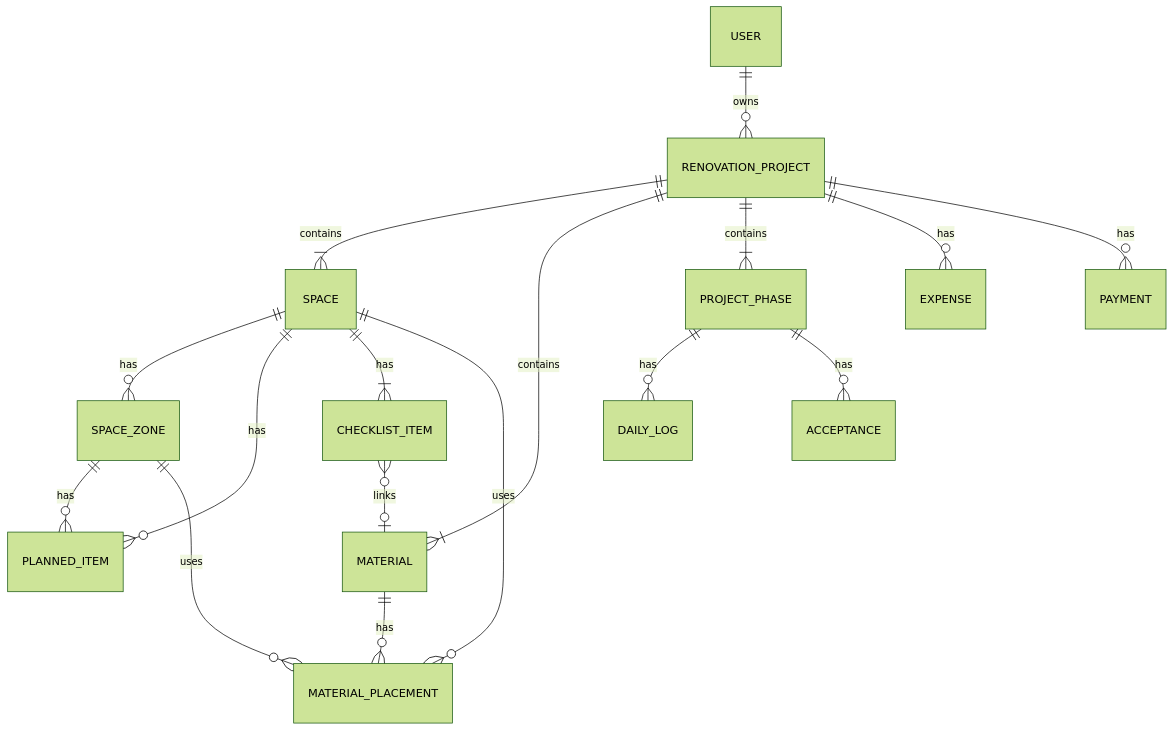
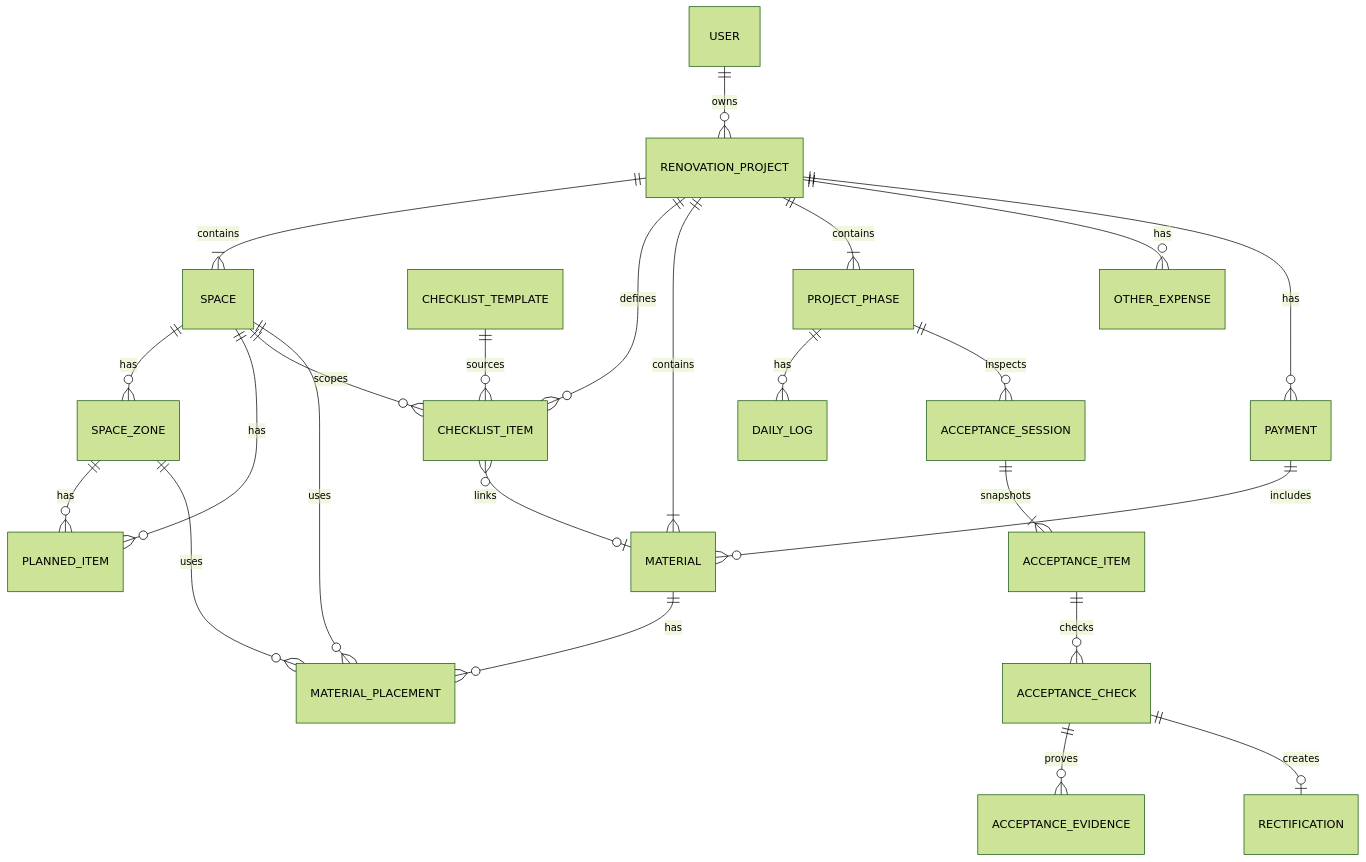
One commit to Alone-2/reno changed the diagram in docs/PRD.md. Above: the diagram before and after it, drawn with Mermaid (forest theme). The commit also changed other lines of this file and 15 other files, not shown here.

````diff
--- a/docs/PRD.md
+++ b/docs/PRD.md
@@ -830,19 +1004,26 @@
 ```mermaid
 erDiagram
     USER ||--o{ RENOVATION_PROJECT : owns
     RENOVATION_PROJECT ||--|{ SPACE : contains
     SPACE ||--o{ SPACE_ZONE : has
     SPACE ||--o{ PLANNED_ITEM : has
     SPACE_ZONE ||--o{ PLANNED_ITEM : has
-    SPACE ||--|{ CHECKLIST_ITEM : has
+    RENOVATION_PROJECT ||--o{ CHECKLIST_ITEM : defines
+    SPACE ||--o{ CHECKLIST_ITEM : scopes
+    CHECKLIST_TEMPLATE ||--o{ CHECKLIST_ITEM : sources
     RENOVATION_PROJECT ||--|{ MATERIAL : contains
     MATERIAL ||--o{ MATERIAL_PLACEMENT : has
     SPACE ||--o{ MATERIAL_PLACEMENT : uses
     SPACE_ZONE ||--o{ MATERIAL_PLACEMENT : uses
     CHECKLIST_ITEM }o--o| MATERIAL : links
     RENOVATION_PROJECT ||--|{ PROJECT_PHASE : contains
     PROJECT_PHASE ||--o{ DAILY_LOG : has
-    PROJECT_PHASE ||--o{ ACCEPTANCE : has
-    RENOVATION_PROJECT ||--o{ EXPENSE : has
+    PROJECT_PHASE ||--o{ ACCEPTANCE_SESSION : inspects
+    ACCEPTANCE_SESSION ||--|{ ACCEPTANCE_ITEM : snapshots
+    ACCEPTANCE_ITEM ||--o{ ACCEPTANCE_CHECK : checks
+    ACCEPTANCE_CHECK ||--o{ ACCEPTANCE_EVIDENCE : proves
+    ACCEPTANCE_CHECK ||--o| RECTIFICATION : creates
+    RENOVATION_PROJECT ||--o{ OTHER_EXPENSE : has
     RENOVATION_PROJECT ||--o{ PAYMENT : has
+    PAYMENT ||--o{ MATERIAL : includes
 ```
````
